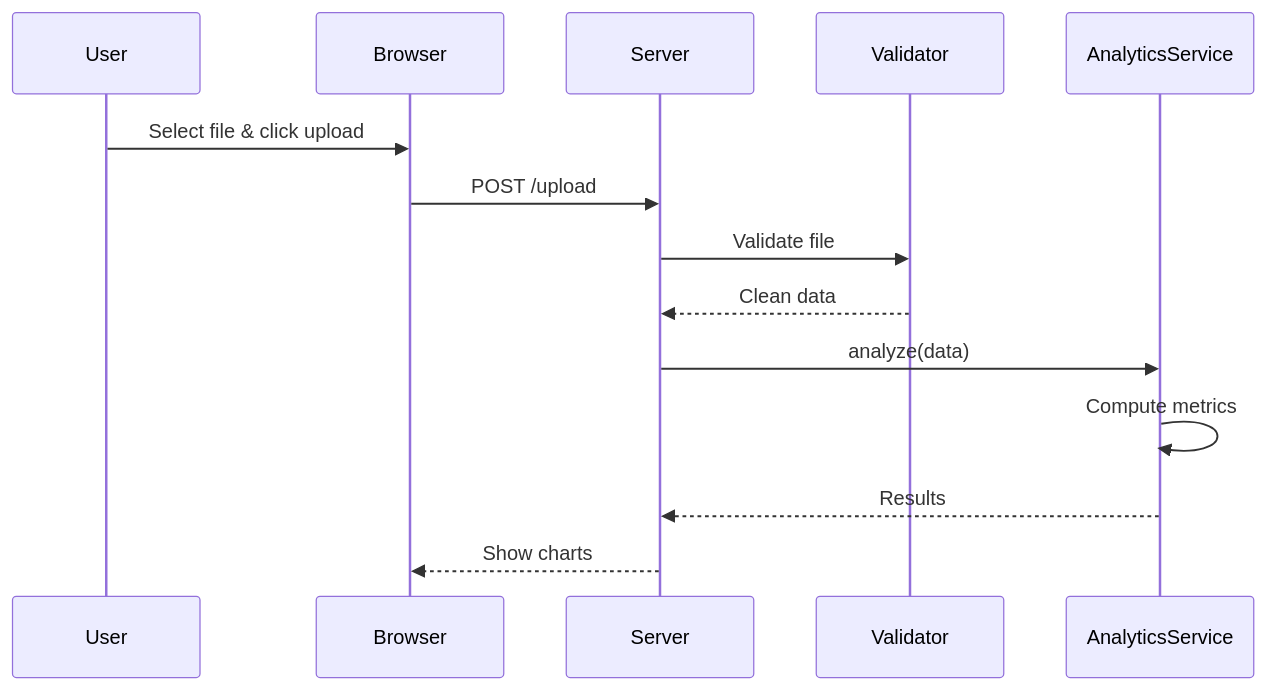
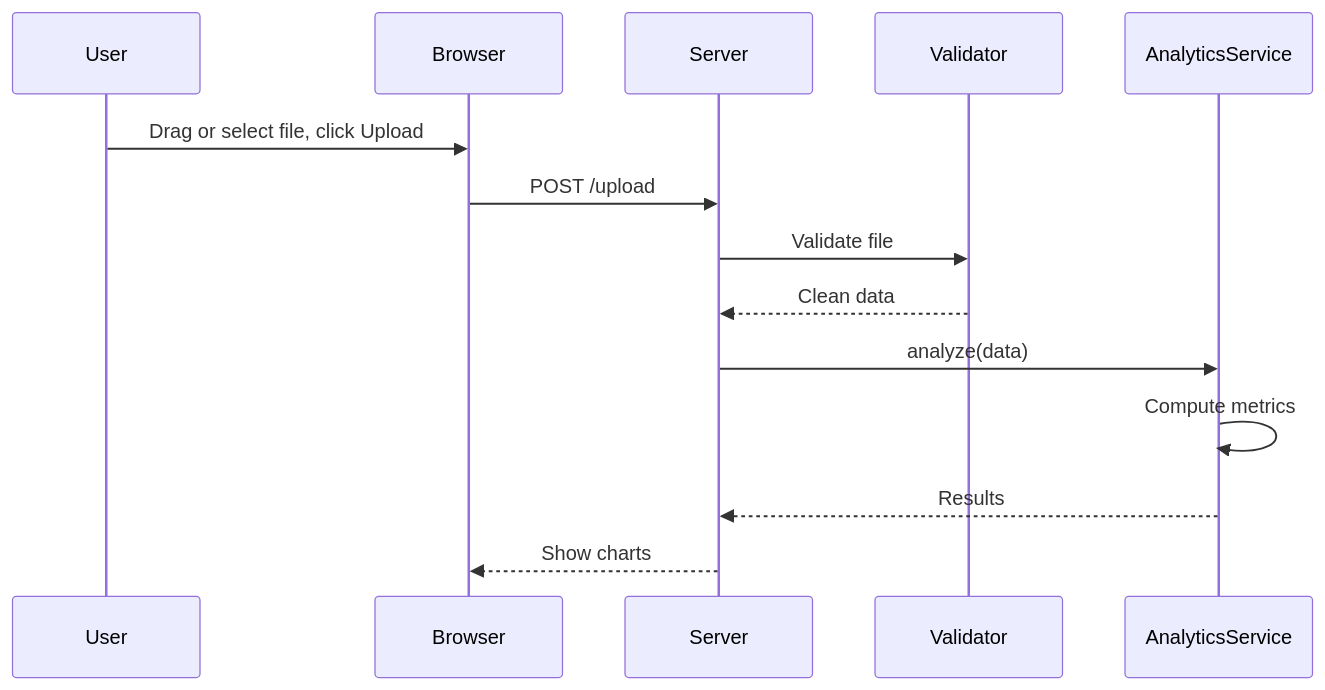
One commit to WSG23/yosai_intel_dashboard_fresh changed the diagram in docs/analytics_sequence.md. Above: the diagram before and after it, drawn with Mermaid. The commit also changed 5 other files, not shown here.

Commit message:
docs: add upload interface guide and update diagrams

````diff
--- a/docs/analytics_sequence.md
+++ b/docs/analytics_sequence.md
@@ -5,17 +5,17 @@
 ```mermaid
 sequenceDiagram
     participant U as User
     participant B as Browser
     participant S as Server
     participant V as Validator
     participant AS as AnalyticsService
 
-    U->>B: Select file & click upload
+    U->>B: Drag or select file, click Upload
     B->>S: POST /upload
     S->>V: Validate file
     V-->>S: Clean data
     S->>AS: analyze(data)
     AS->>AS: Compute metrics
     AS-->>S: Results
     S-->>B: Show charts
 ```
````
